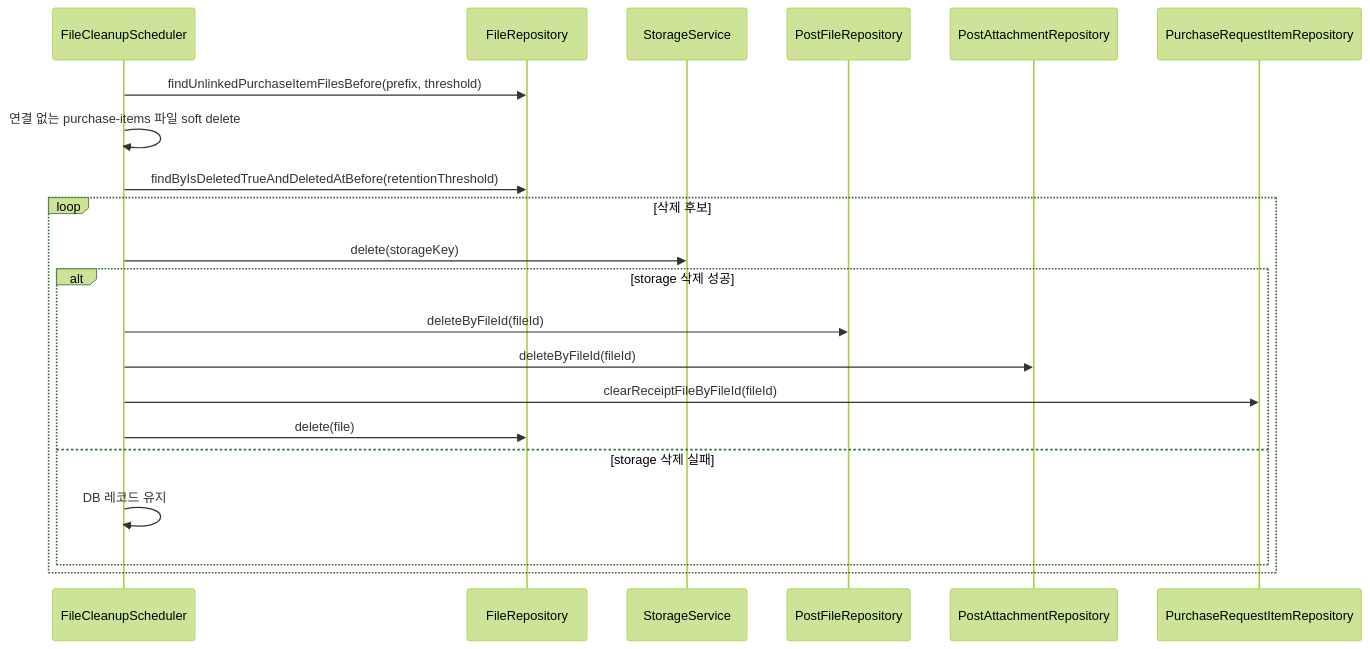
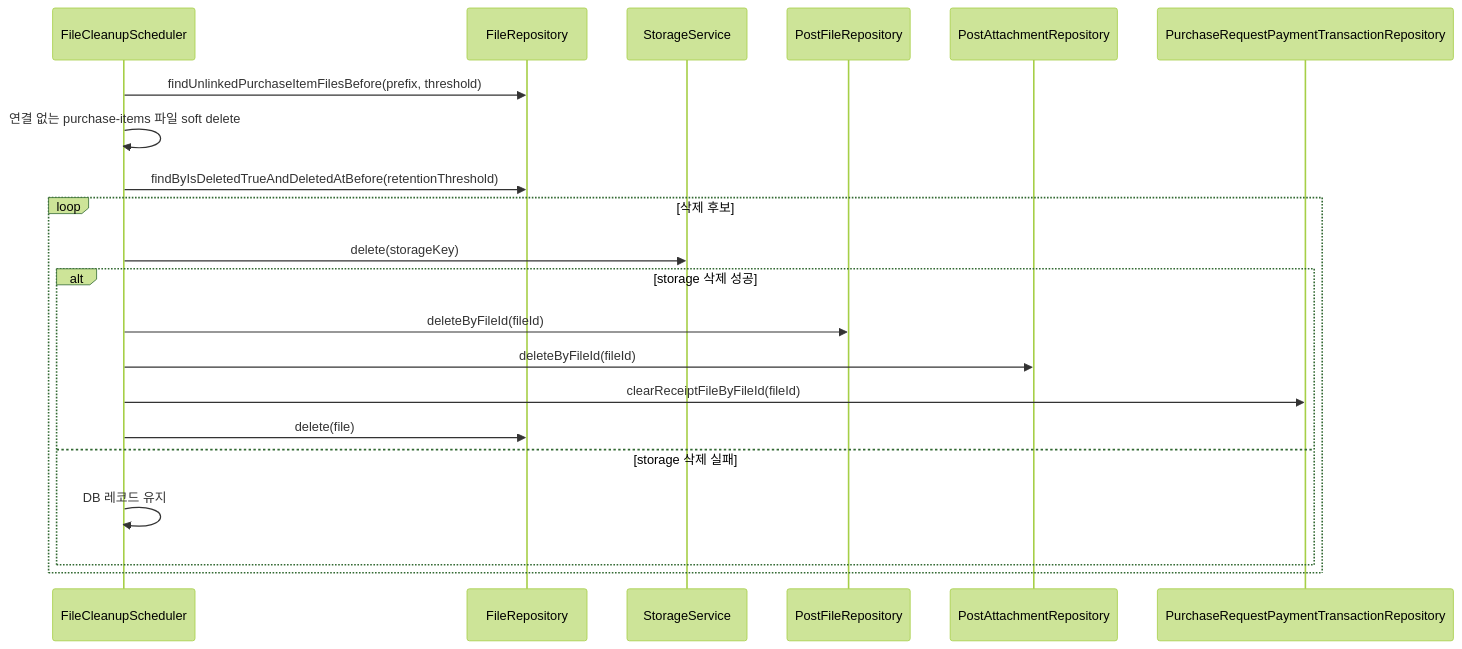
Before and after one commit to Geumjeongyahak/Backend: the third of 3 diagrams in docs/api/PurchaseRequests.md, drawn with Mermaid (forest theme). The commit also changed other lines of this file and 1 other file, not shown here.

Commit message:
docs(request): 구매 완료 거래 결재 차감 흐름 문서화

````diff
--- a/docs/api/PurchaseRequests.md
+++ b/docs/api/PurchaseRequests.md
@@ -114,24 +108,24 @@
 ```mermaid
 sequenceDiagram
     participant Scheduler as FileCleanupScheduler
     participant FileRepo as FileRepository
     participant Storage as StorageService
     participant PostFile as PostFileRepository
     participant PostAttachment as PostAttachmentRepository
-    participant ItemRepo as PurchaseRequestItemRepository
+    participant TxRepo as PurchaseRequestPaymentTransactionRepository
 
     Scheduler->>FileRepo: findUnlinkedPurchaseItemFilesBefore(prefix, threshold)
     Scheduler->>Scheduler: 연결 없는 purchase-items 파일 soft delete
     Scheduler->>FileRepo: findByIsDeletedTrueAndDeletedAtBefore(retentionThreshold)
     loop 삭제 후보
         Scheduler->>Storage: delete(storageKey)
         alt storage 삭제 성공
             Scheduler->>PostFile: deleteByFileId(fileId)
             Scheduler->>PostAttachment: deleteByFileId(fileId)
-            Scheduler->>ItemRepo: clearReceiptFileByFileId(fileId)
+            Scheduler->>TxRepo: clearReceiptFileByFileId(fileId)
             Scheduler->>FileRepo: delete(file)
         else storage 삭제 실패
             Scheduler->>Scheduler: DB 레코드 유지
         end
     end
 ```
````
